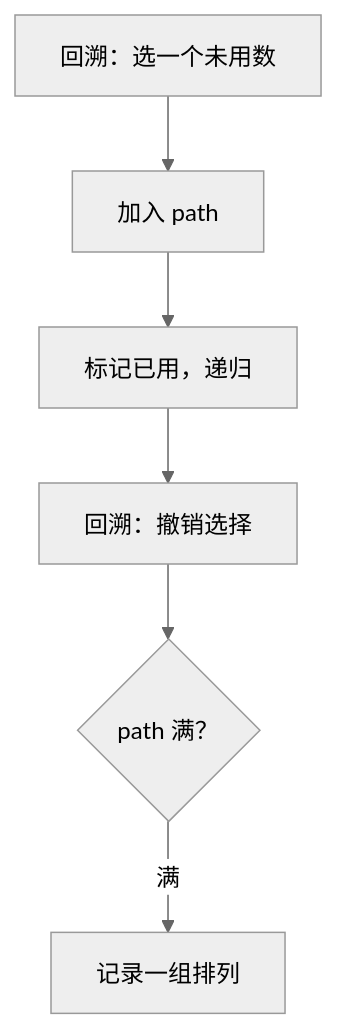
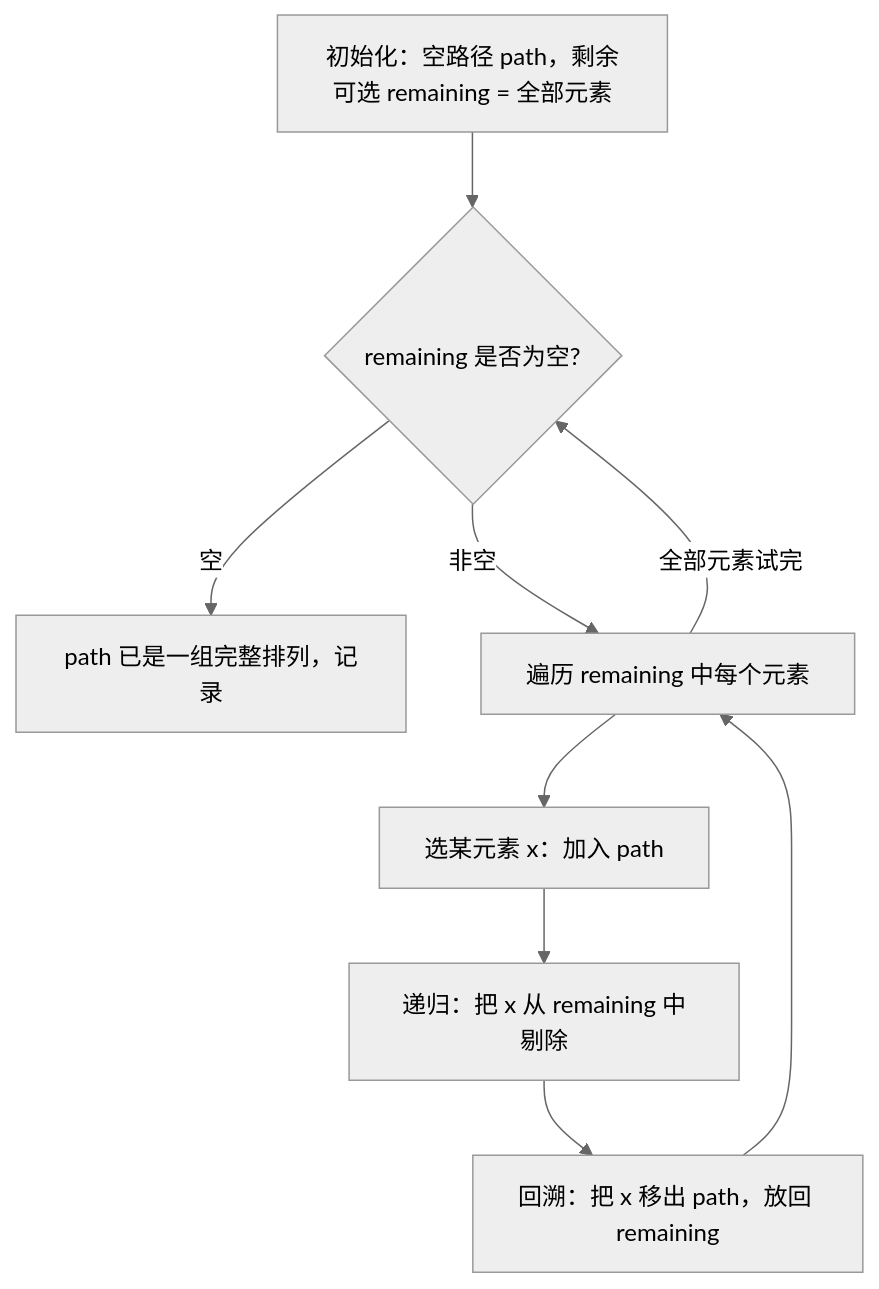
One commit to OctalZero/hot100-py changed the first of 2 diagrams in 11-回溯/0046-全排列.md. Above: the diagram before and after it, drawn with Mermaid (neutral theme). The commit also changed other lines of this file and 117 other files, not shown here.

First line of the commit message:
feat: 全题解配图升级为「动画式 mermaid」（总览骨架 + 横向时间线逐步推演）

````diff
--- a/11-回溯/0046-全排列.md
+++ b/11-回溯/0046-全排列.md
@@ -18,8 +18,11 @@
 ```mermaid
 flowchart TD
-    A["回溯：选一个未用数"] --> B["加入 path"]
-    B --> C["标记已用，递归"]
-    C --> D["回溯：撤销选择"]
-    D --> E{"path 满？"}
-    E -- "满" --> F["记录一组排列"]
+    A["初始化：空路径 path，剩余可选 remaining = 全部元素"] --> B{"remaining 是否为空?"}
+    B -->|"空"| G["path 已是一组完整排列，记录"]
+    B -->|"非空"| C["遍历 remaining 中每个元素"]
+    C --> D["选某元素 x：加入 path"]
+    D --> E["递归：把 x 从 remaining 中剔除"]
+    E --> F["回溯：把 x 移出 path，放回 remaining"]
+    F --> C
+    C -->|"全部元素试完"| B
 ```
````
